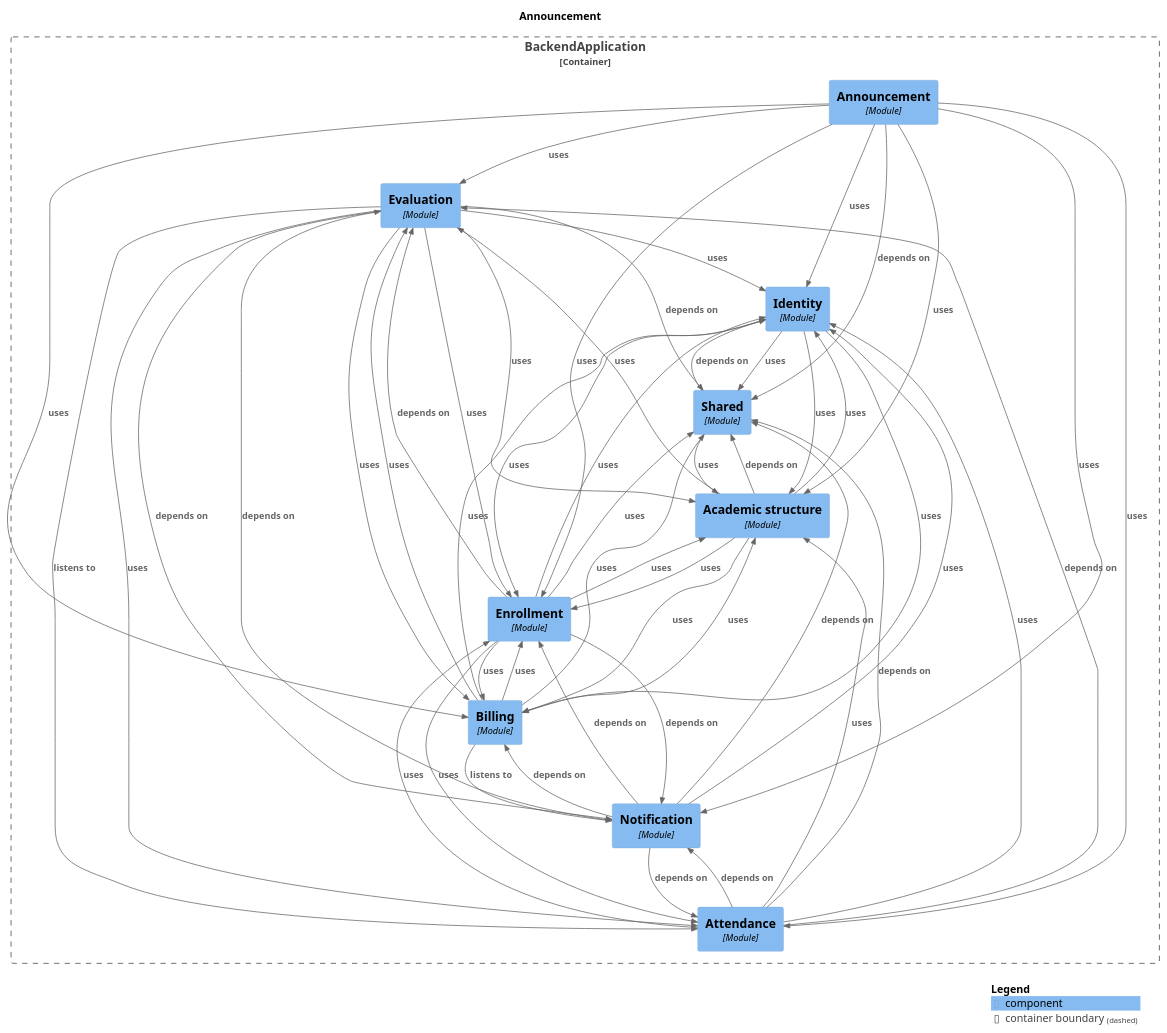
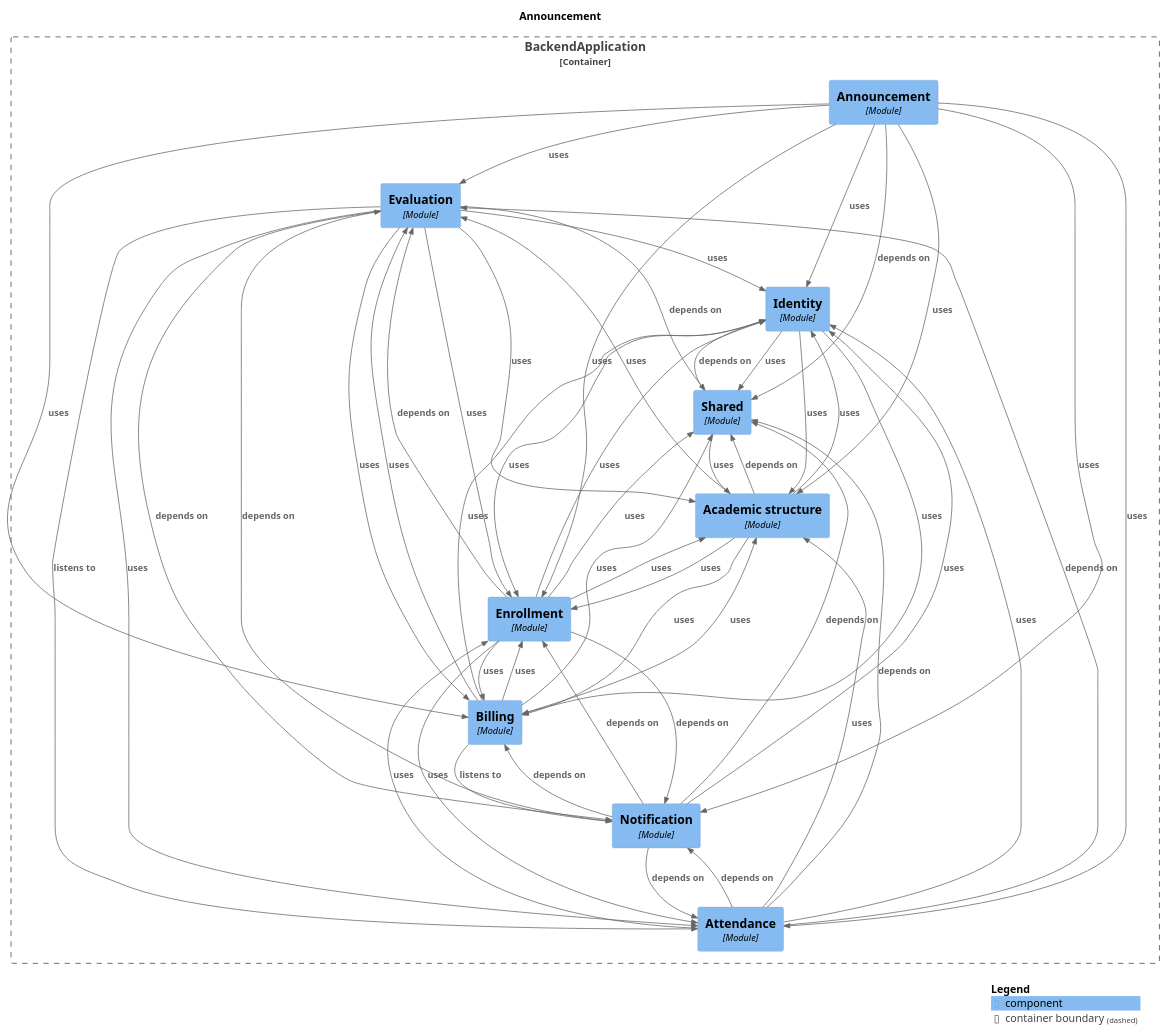
Before and after one commit to Gabriel030/agustina-bermejo-app: the diagram in docs/architecture/module-announcement.puml, drawn with PlantUML. The commit also changed other lines of this file and 12 other files, not shown here.

```diff
--- a/docs/architecture/module-announcement.puml
+++ b/docs/architecture/module-announcement.puml
@@ -1,77 +1,77 @@
 @startuml
 set separator none
 title Announcement
 
 top to bottom direction
 
 !include <C4/C4>
 !include <C4/C4_Context>
 !include <C4/C4_Component>
 
 Container_Boundary("BackendApplication.BackendApplication_boundary", "BackendApplication", $tags="") {
   Component(BackendApplication.BackendApplication.Evaluation, "Evaluation", $techn="Module", $descr="", $tags="", $link="")
   Component(BackendApplication.BackendApplication.Identity, "Identity", $techn="Module", $descr="", $tags="", $link="")
   Component(BackendApplication.BackendApplication.Notification, "Notification", $techn="Module", $descr="", $tags="", $link="")
   Component(BackendApplication.BackendApplication.Shared, "Shared", $techn="Module", $descr="", $tags="", $link="")
   Component(BackendApplication.BackendApplication.Academicstructure, "Academic structure", $techn="Module", $descr="", $tags="", $link="")
   Component(BackendApplication.BackendApplication.Announcement, "Announcement", $techn="Module", $descr="", $tags="", $link="")
   Component(BackendApplication.BackendApplication.Attendance, "Attendance", $techn="Module", $descr="", $tags="", $link="")
   Component(BackendApplication.BackendApplication.Billing, "Billing", $techn="Module", $descr="", $tags="", $link="")
   Component(BackendApplication.BackendApplication.Enrollment, "Enrollment", $techn="Module", $descr="", $tags="", $link="")
 }
 
+Rel(BackendApplication.BackendApplication.Enrollment, BackendApplication.BackendApplication.Academicstructure, "uses", $techn="", $tags="", $link="")
+Rel(BackendApplication.BackendApplication.Enrollment, BackendApplication.BackendApplication.Attendance, "uses", $techn="", $tags="", $link="")
+Rel(BackendApplication.BackendApplication.Enrollment, BackendApplication.BackendApplication.Shared, "uses", $techn="", $tags="", $link="")
+Rel(BackendApplication.BackendApplication.Announcement, BackendApplication.BackendApplication.Shared, "depends on", $techn="", $tags="", $link="")
+Rel(BackendApplication.BackendApplication.Announcement, BackendApplication.BackendApplication.Billing, "uses", $techn="", $tags="", $link="")
+Rel(BackendApplication.BackendApplication.Announcement, BackendApplication.BackendApplication.Academicstructure, "uses", $techn="", $tags="", $link="")
+Rel(BackendApplication.BackendApplication.Announcement, BackendApplication.BackendApplication.Enrollment, "uses", $techn="", $tags="", $link="")
+Rel(BackendApplication.BackendApplication.Announcement, BackendApplication.BackendApplication.Evaluation, "uses", $techn="", $tags="", $link="")
+Rel(BackendApplication.BackendApplication.Announcement, BackendApplication.BackendApplication.Attendance, "uses", $techn="", $tags="", $link="")
+Rel(BackendApplication.BackendApplication.Announcement, BackendApplication.BackendApplication.Notification, "uses", $techn="", $tags="", $link="")
+Rel(BackendApplication.BackendApplication.Announcement, BackendApplication.BackendApplication.Identity, "uses", $techn="", $tags="", $link="")
+Rel(BackendApplication.BackendApplication.Academicstructure, BackendApplication.BackendApplication.Shared, "depends on", $techn="", $tags="", $link="")
+Rel(BackendApplication.BackendApplication.Academicstructure, BackendApplication.BackendApplication.Enrollment, "uses", $techn="", $tags="", $link="")
+Rel(BackendApplication.BackendApplication.Academicstructure, BackendApplication.BackendApplication.Billing, "uses", $techn="", $tags="", $link="")
+Rel(BackendApplication.BackendApplication.Academicstructure, BackendApplication.BackendApplication.Identity, "uses", $techn="", $tags="", $link="")
+Rel(BackendApplication.BackendApplication.Academicstructure, BackendApplication.BackendApplication.Evaluation, "uses", $techn="", $tags="", $link="")
+Rel(BackendApplication.BackendApplication.Billing, BackendApplication.BackendApplication.Notification, "listens to", $techn="", $tags="", $link="")
 Rel(BackendApplication.BackendApplication.Billing, BackendApplication.BackendApplication.Identity, "uses", $techn="", $tags="", $link="")
 Rel(BackendApplication.BackendApplication.Billing, BackendApplication.BackendApplication.Enrollment, "uses", $techn="", $tags="", $link="")
 Rel(BackendApplication.BackendApplication.Billing, BackendApplication.BackendApplication.Shared, "uses", $techn="", $tags="", $link="")
 Rel(BackendApplication.BackendApplication.Billing, BackendApplication.BackendApplication.Academicstructure, "uses", $techn="", $tags="", $link="")
 Rel(BackendApplication.BackendApplication.Billing, BackendApplication.BackendApplication.Evaluation, "uses", $techn="", $tags="", $link="")
+Rel(BackendApplication.BackendApplication.Shared, BackendApplication.BackendApplication.Identity, "depends on", $techn="", $tags="", $link="")
+Rel(BackendApplication.BackendApplication.Shared, BackendApplication.BackendApplication.Academicstructure, "uses", $techn="", $tags="", $link="")
 Rel(BackendApplication.BackendApplication.Identity, BackendApplication.BackendApplication.Shared, "uses", $techn="", $tags="", $link="")
 Rel(BackendApplication.BackendApplication.Identity, BackendApplication.BackendApplication.Billing, "uses", $techn="", $tags="", $link="")
 Rel(BackendApplication.BackendApplication.Identity, BackendApplication.BackendApplication.Enrollment, "uses", $techn="", $tags="", $link="")
 Rel(BackendApplication.BackendApplication.Identity, BackendApplication.BackendApplication.Academicstructure, "uses", $techn="", $tags="", $link="")
-Rel(BackendApplication.BackendApplication.Shared, BackendApplication.BackendApplication.Identity, "depends on", $techn="", $tags="", $link="")
-Rel(BackendApplication.BackendApplication.Shared, BackendApplication.BackendApplication.Academicstructure, "uses", $techn="", $tags="", $link="")
+Rel(BackendApplication.BackendApplication.Attendance, BackendApplication.BackendApplication.Shared, "depends on", $techn="", $tags="", $link="")
+Rel(BackendApplication.BackendApplication.Attendance, BackendApplication.BackendApplication.Evaluation, "depends on", $techn="", $tags="", $link="")
+Rel(BackendApplication.BackendApplication.Attendance, BackendApplication.BackendApplication.Notification, "depends on", $techn="", $tags="", $link="")
+Rel(BackendApplication.BackendApplication.Attendance, BackendApplication.BackendApplication.Academicstructure, "uses", $techn="", $tags="", $link="")
+Rel(BackendApplication.BackendApplication.Attendance, BackendApplication.BackendApplication.Enrollment, "uses", $techn="", $tags="", $link="")
+Rel(BackendApplication.BackendApplication.Attendance, BackendApplication.BackendApplication.Identity, "uses", $techn="", $tags="", $link="")
 Rel(BackendApplication.BackendApplication.Evaluation, BackendApplication.BackendApplication.Attendance, "listens to", $techn="", $tags="", $link="")
 Rel(BackendApplication.BackendApplication.Evaluation, BackendApplication.BackendApplication.Shared, "depends on", $techn="", $tags="", $link="")
 Rel(BackendApplication.BackendApplication.Evaluation, BackendApplication.BackendApplication.Notification, "depends on", $techn="", $tags="", $link="")
 Rel(BackendApplication.BackendApplication.Evaluation, BackendApplication.BackendApplication.Academicstructure, "uses", $techn="", $tags="", $link="")
 Rel(BackendApplication.BackendApplication.Evaluation, BackendApplication.BackendApplication.Identity, "uses", $techn="", $tags="", $link="")
 Rel(BackendApplication.BackendApplication.Evaluation, BackendApplication.BackendApplication.Enrollment, "uses", $techn="", $tags="", $link="")
 Rel(BackendApplication.BackendApplication.Evaluation, BackendApplication.BackendApplication.Attendance, "uses", $techn="", $tags="", $link="")
 Rel(BackendApplication.BackendApplication.Evaluation, BackendApplication.BackendApplication.Billing, "uses", $techn="", $tags="", $link="")
-Rel(BackendApplication.BackendApplication.Enrollment, BackendApplication.BackendApplication.Evaluation, "depends on", $techn="", $tags="", $link="")
-Rel(BackendApplication.BackendApplication.Enrollment, BackendApplication.BackendApplication.Notification, "depends on", $techn="", $tags="", $link="")
-Rel(BackendApplication.BackendApplication.Enrollment, BackendApplication.BackendApplication.Billing, "uses", $techn="", $tags="", $link="")
-Rel(BackendApplication.BackendApplication.Enrollment, BackendApplication.BackendApplication.Identity, "uses", $techn="", $tags="", $link="")
-Rel(BackendApplication.BackendApplication.Enrollment, BackendApplication.BackendApplication.Academicstructure, "uses", $techn="", $tags="", $link="")
-Rel(BackendApplication.BackendApplication.Enrollment, BackendApplication.BackendApplication.Attendance, "uses", $techn="", $tags="", $link="")
-Rel(BackendApplication.BackendApplication.Enrollment, BackendApplication.BackendApplication.Shared, "uses", $techn="", $tags="", $link="")
 Rel(BackendApplication.BackendApplication.Notification, BackendApplication.BackendApplication.Attendance, "depends on", $techn="", $tags="", $link="")
 Rel(BackendApplication.BackendApplication.Notification, BackendApplication.BackendApplication.Enrollment, "depends on", $techn="", $tags="", $link="")
 Rel(BackendApplication.BackendApplication.Notification, BackendApplication.BackendApplication.Billing, "depends on", $techn="", $tags="", $link="")
 Rel(BackendApplication.BackendApplication.Notification, BackendApplication.BackendApplication.Evaluation, "depends on", $techn="", $tags="", $link="")
 Rel(BackendApplication.BackendApplication.Notification, BackendApplication.BackendApplication.Shared, "depends on", $techn="", $tags="", $link="")
 Rel(BackendApplication.BackendApplication.Notification, BackendApplication.BackendApplication.Identity, "uses", $techn="", $tags="", $link="")
-Rel(BackendApplication.BackendApplication.Announcement, BackendApplication.BackendApplication.Shared, "depends on", $techn="", $tags="", $link="")
-Rel(BackendApplication.BackendApplication.Announcement, BackendApplication.BackendApplication.Billing, "uses", $techn="", $tags="", $link="")
-Rel(BackendApplication.BackendApplication.Announcement, BackendApplication.BackendApplication.Academicstructure, "uses", $techn="", $tags="", $link="")
-Rel(BackendApplication.BackendApplication.Announcement, BackendApplication.BackendApplication.Enrollment, "uses", $techn="", $tags="", $link="")
-Rel(BackendApplication.BackendApplication.Announcement, BackendApplication.BackendApplication.Evaluation, "uses", $techn="", $tags="", $link="")
-Rel(BackendApplication.BackendApplication.Announcement, BackendApplication.BackendApplication.Attendance, "uses", $techn="", $tags="", $link="")
-Rel(BackendApplication.BackendApplication.Announcement, BackendApplication.BackendApplication.Notification, "uses", $techn="", $tags="", $link="")
-Rel(BackendApplication.BackendApplication.Announcement, BackendApplication.BackendApplication.Identity, "uses", $techn="", $tags="", $link="")
-Rel(BackendApplication.BackendApplication.Attendance, BackendApplication.BackendApplication.Shared, "depends on", $techn="", $tags="", $link="")
-Rel(BackendApplication.BackendApplication.Attendance, BackendApplication.BackendApplication.Evaluation, "depends on", $techn="", $tags="", $link="")
-Rel(BackendApplication.BackendApplication.Attendance, BackendApplication.BackendApplication.Notification, "depends on", $techn="", $tags="", $link="")
-Rel(BackendApplication.BackendApplication.Attendance, BackendApplication.BackendApplication.Academicstructure, "uses", $techn="", $tags="", $link="")
-Rel(BackendApplication.BackendApplication.Attendance, BackendApplication.BackendApplication.Enrollment, "uses", $techn="", $tags="", $link="")
-Rel(BackendApplication.BackendApplication.Attendance, BackendApplication.BackendApplication.Identity, "uses", $techn="", $tags="", $link="")
-Rel(BackendApplication.BackendApplication.Academicstructure, BackendApplication.BackendApplication.Shared, "depends on", $techn="", $tags="", $link="")
-Rel(BackendApplication.BackendApplication.Academicstructure, BackendApplication.BackendApplication.Enrollment, "uses", $techn="", $tags="", $link="")
-Rel(BackendApplication.BackendApplication.Academicstructure, BackendApplication.BackendApplication.Billing, "uses", $techn="", $tags="", $link="")
-Rel(BackendApplication.BackendApplication.Academicstructure, BackendApplication.BackendApplication.Identity, "uses", $techn="", $tags="", $link="")
-Rel(BackendApplication.BackendApplication.Academicstructure, BackendApplication.BackendApplication.Evaluation, "uses", $techn="", $tags="", $link="")
-Rel(BackendApplication.BackendApplication.Billing, BackendApplication.BackendApplication.Notification, "listens to", $techn="", $tags="", $link="")
+Rel(BackendApplication.BackendApplication.Enrollment, BackendApplication.BackendApplication.Evaluation, "depends on", $techn="", $tags="", $link="")
+Rel(BackendApplication.BackendApplication.Enrollment, BackendApplication.BackendApplication.Notification, "depends on", $techn="", $tags="", $link="")
+Rel(BackendApplication.BackendApplication.Enrollment, BackendApplication.BackendApplication.Billing, "uses", $techn="", $tags="", $link="")
+Rel(BackendApplication.BackendApplication.Enrollment, BackendApplication.BackendApplication.Identity, "uses", $techn="", $tags="", $link="")
 
 SHOW_LEGEND(true)
 @enduml
```
